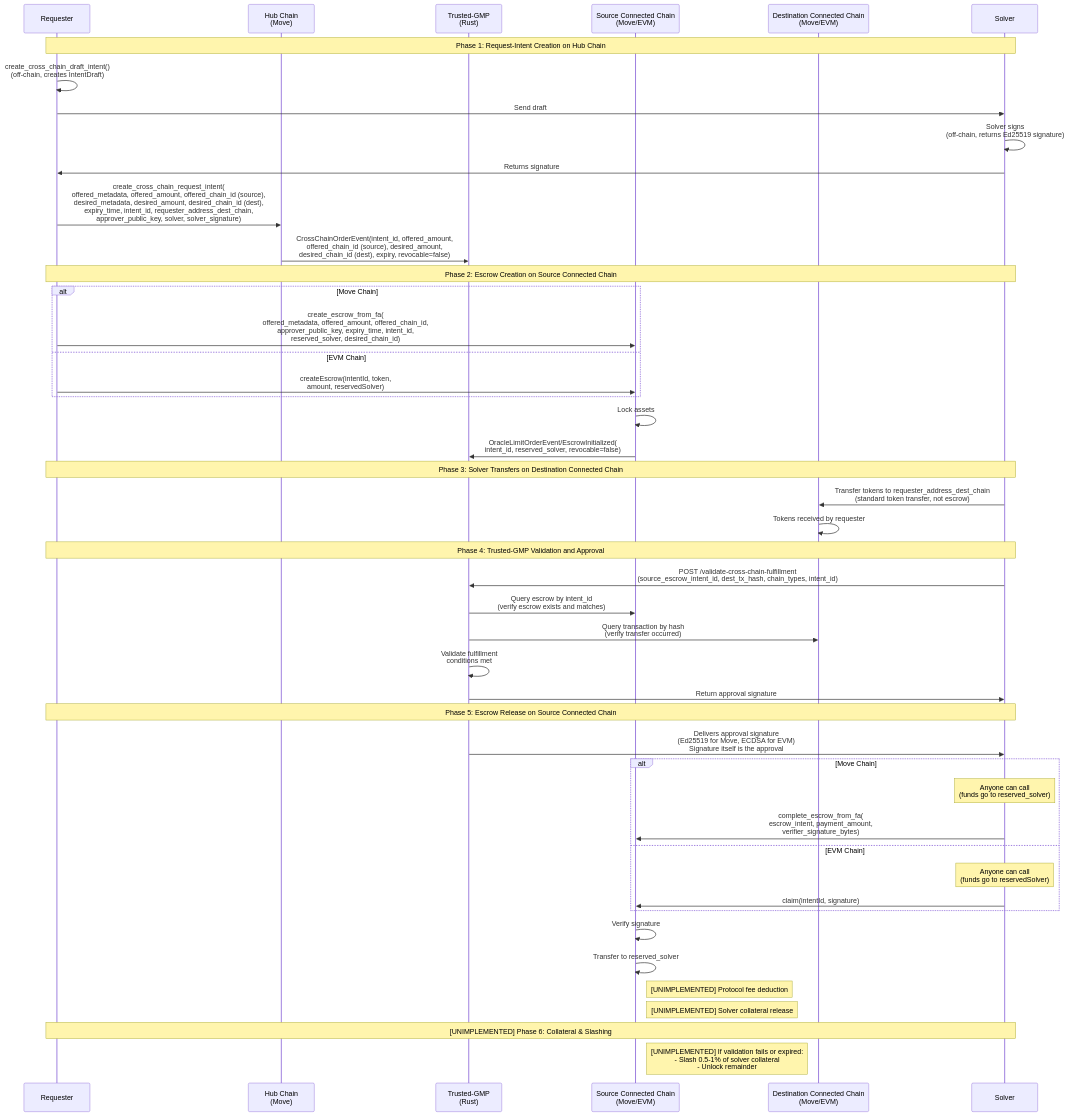
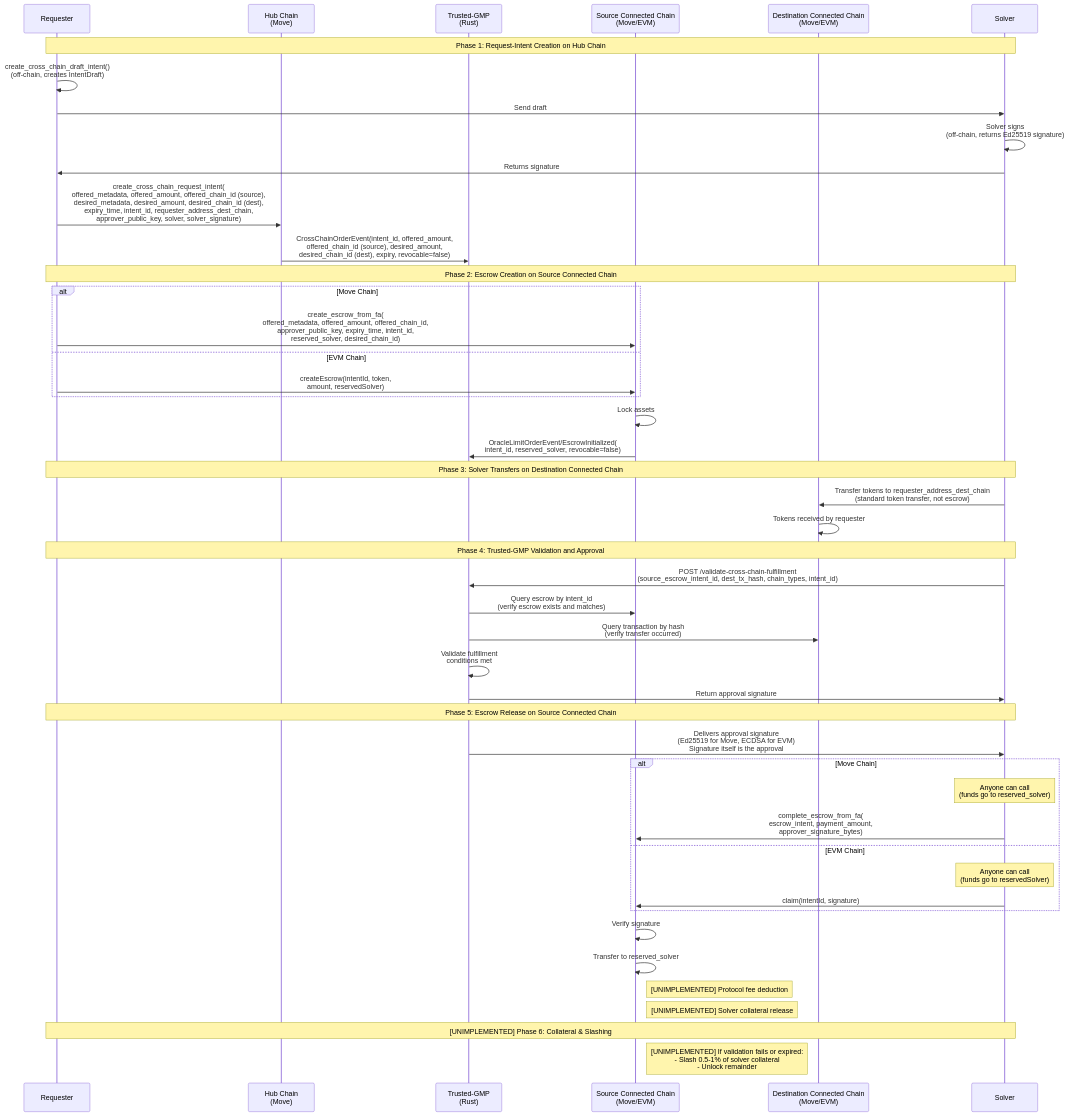
Before and after one commit to MoveIndustries/int3nts: the diagram in docs/architecture/conception/architecture-diff.md, drawn with Mermaid. The commit also changed other lines of this file and 17 other files, not shown here.

````diff
--- a/docs/architecture/conception/architecture-diff.md
+++ b/docs/architecture/conception/architecture-diff.md
@@ -89,54 +89,54 @@
 ```mermaid
 sequenceDiagram
     participant Requester
     participant Hub as Hub Chain<br/>(Move)
     participant TrustedGMP as Trusted-GMP<br/>(Rust)
     participant Source as Source Connected Chain<br/>(Move/EVM)
     participant Dest as Destination Connected Chain<br/>(Move/EVM)
     participant Solver
 
     Note over Requester,Solver: Phase 1: Request-Intent Creation on Hub Chain
     Requester->>Requester: create_cross_chain_draft_intent()<br/>(off-chain, creates IntentDraft)
     Requester->>Solver: Send draft
     Solver->>Solver: Solver signs<br/>(off-chain, returns Ed25519 signature)
     Solver->>Requester: Returns signature
     Requester->>Hub: create_cross_chain_request_intent(<br/>offered_metadata, offered_amount, offered_chain_id (source),<br/>desired_metadata, desired_amount, desired_chain_id (dest),<br/>expiry_time, intent_id, requester_address_dest_chain,<br/>approver_public_key, solver, solver_signature)
     Hub->>TrustedGMP: CrossChainOrderEvent(intent_id, offered_amount,<br/>offered_chain_id (source), desired_amount,<br/>desired_chain_id (dest), expiry, revocable=false)
 
     Note over Requester,Solver: Phase 2: Escrow Creation on Source Connected Chain
     alt Move Chain
         Requester->>Source: create_escrow_from_fa(<br/>offered_metadata, offered_amount, offered_chain_id,<br/>approver_public_key, expiry_time, intent_id,<br/>reserved_solver, desired_chain_id)
     else EVM Chain
         Requester->>Source: createEscrow(intentId, token,<br/>amount, reservedSolver)
     end
     Source->>Source: Lock assets
     Source->>TrustedGMP: OracleLimitOrderEvent/EscrowInitialized(<br/>intent_id, reserved_solver, revocable=false)
 
     Note over Requester,Solver: Phase 3: Solver Transfers on Destination Connected Chain
     Solver->>Dest: Transfer tokens to requester_address_dest_chain<br/>(standard token transfer, not escrow)
     Dest->>Dest: Tokens received by requester
 
     Note over Requester,Solver: Phase 4: Trusted-GMP Validation and Approval
     Solver->>TrustedGMP: POST /validate-cross-chain-fulfillment<br/>(source_escrow_intent_id, dest_tx_hash, chain_types, intent_id)
     TrustedGMP->>Source: Query escrow by intent_id<br/>(verify escrow exists and matches)
     TrustedGMP->>Dest: Query transaction by hash<br/>(verify transfer occurred)
     TrustedGMP->>TrustedGMP: Validate fulfillment<br/>conditions met
     TrustedGMP->>Solver: Return approval signature
 
     Note over Requester,Solver: Phase 5: Escrow Release on Source Connected Chain
     TrustedGMP->>Solver: Delivers approval signature<br/>(Ed25519 for Move, ECDSA for EVM)<br/>Signature itself is the approval
     alt Move Chain
         Note over Solver: Anyone can call<br/>(funds go to reserved_solver)
-        Solver->>Source: complete_escrow_from_fa(<br/>escrow_intent, payment_amount,<br/>verifier_signature_bytes)
+        Solver->>Source: complete_escrow_from_fa(<br/>escrow_intent, payment_amount,<br/>approver_signature_bytes)
     else EVM Chain
         Note over Solver: Anyone can call<br/>(funds go to reservedSolver)
         Solver->>Source: claim(intentId, signature)
     end
     Source->>Source: Verify signature
     Source->>Source: Transfer to reserved_solver
     Note right of Source: [UNIMPLEMENTED] Protocol fee deduction
     Note right of Source: [UNIMPLEMENTED] Solver collateral release
 
     Note over Requester,Solver: [UNIMPLEMENTED] Phase 6: Collateral & Slashing
     Note right of Source: [UNIMPLEMENTED] If validation fails or expired:<br/>- Slash 0.5-1% of solver collateral<br/>- Unlock remainder
 ```
````
